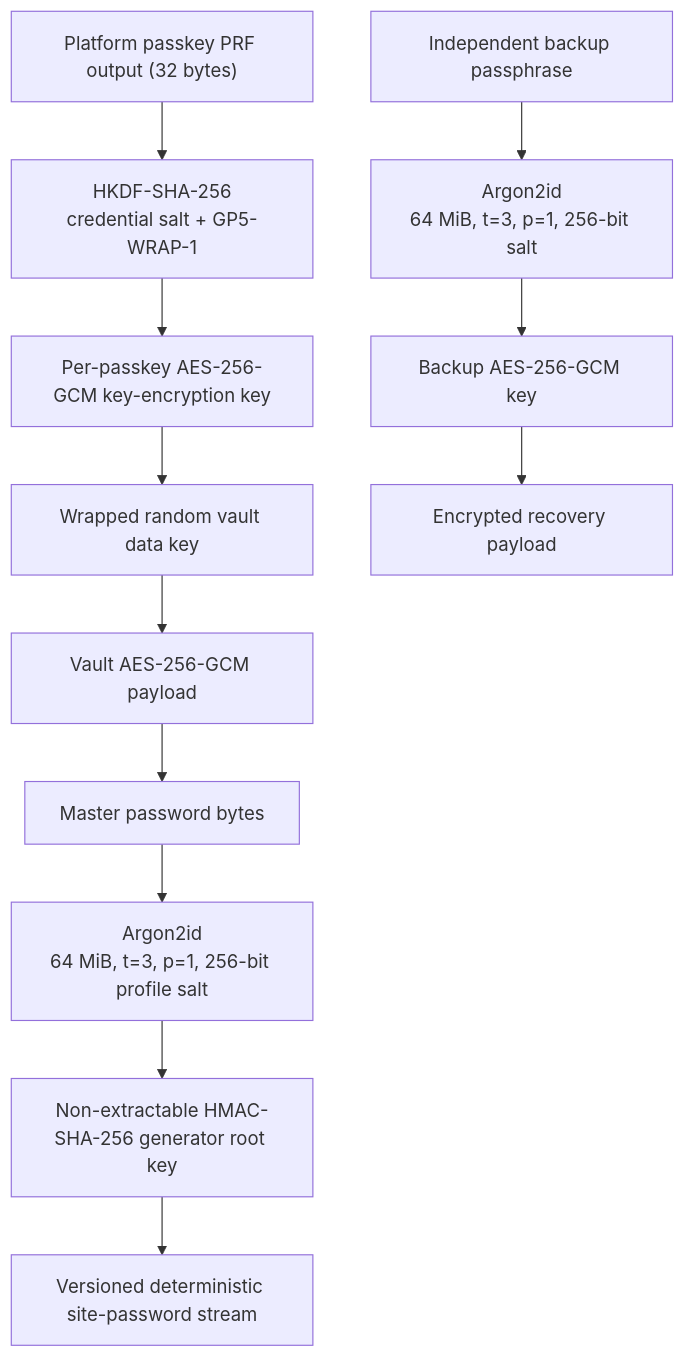
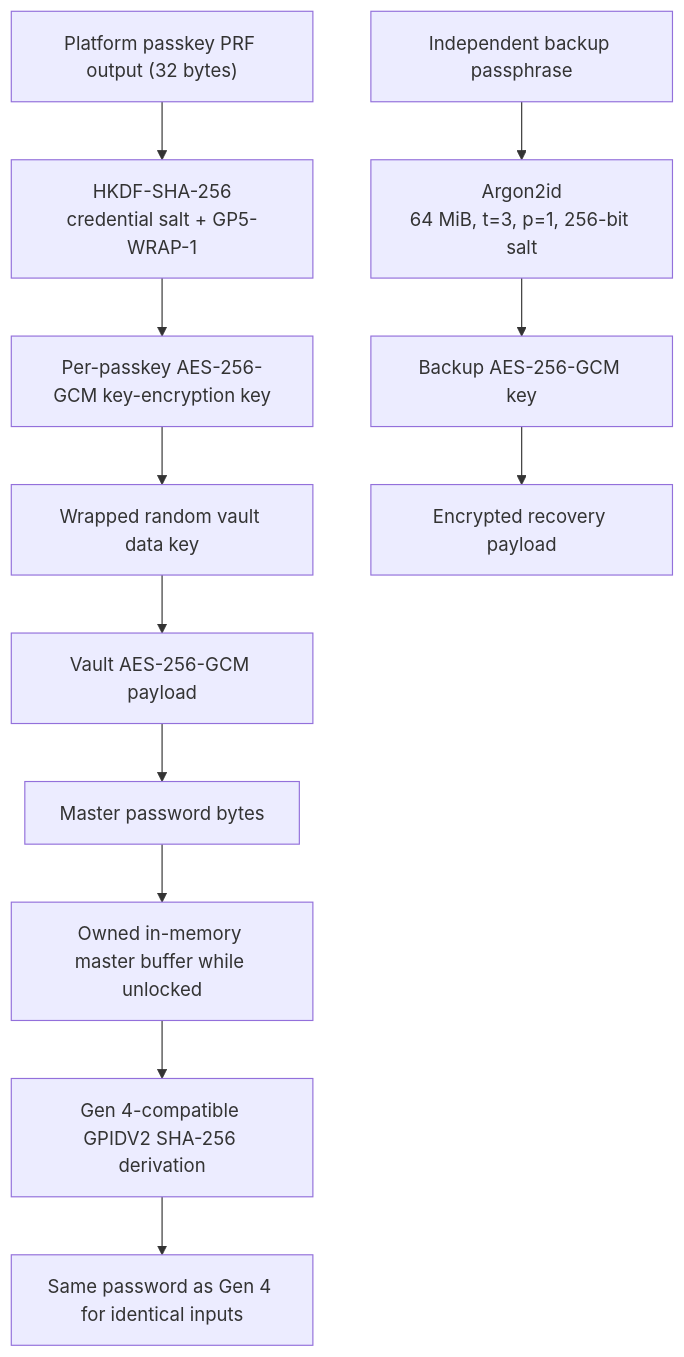
Before and after one commit to goblinpassuk/goblinpassuk.github.io: the first of 3 diagrams in gen5/docs/SECURITY-ARCHITECTURE.md, drawn with Mermaid. The commit also changed other lines of this file and 13 other files, not shown here.

````diff
--- a/gen5/docs/SECURITY-ARCHITECTURE.md
+++ b/gen5/docs/SECURITY-ARCHITECTURE.md
@@ -25,15 +25,15 @@
 ```mermaid
 flowchart TD
   A["Platform passkey PRF output (32 bytes)"] --> B["HKDF-SHA-256\ncredential salt + GP5-WRAP-1"]
   B --> C["Per-passkey AES-256-GCM key-encryption key"]
   C --> D["Wrapped random vault data key"]
   D --> E["Vault AES-256-GCM payload"]
   E --> F["Master password bytes"]
-  F --> G["Argon2id\n64 MiB, t=3, p=1, 256-bit profile salt"]
-  G --> H["Non-extractable HMAC-SHA-256 generator root key"]
-  H --> I["Versioned deterministic site-password stream"]
+  F --> G["Owned in-memory master buffer while unlocked"]
+  G --> H["Gen 4-compatible GPIDV2 SHA-256 derivation"]
+  H --> I["Same password as Gen 4 for identical inputs"]
 
   J["Independent backup passphrase"] --> K["Argon2id\n64 MiB, t=3, p=1, 256-bit salt"]
   K --> L["Backup AES-256-GCM key"]
   L --> M["Encrypted recovery payload"]
 ```
````
